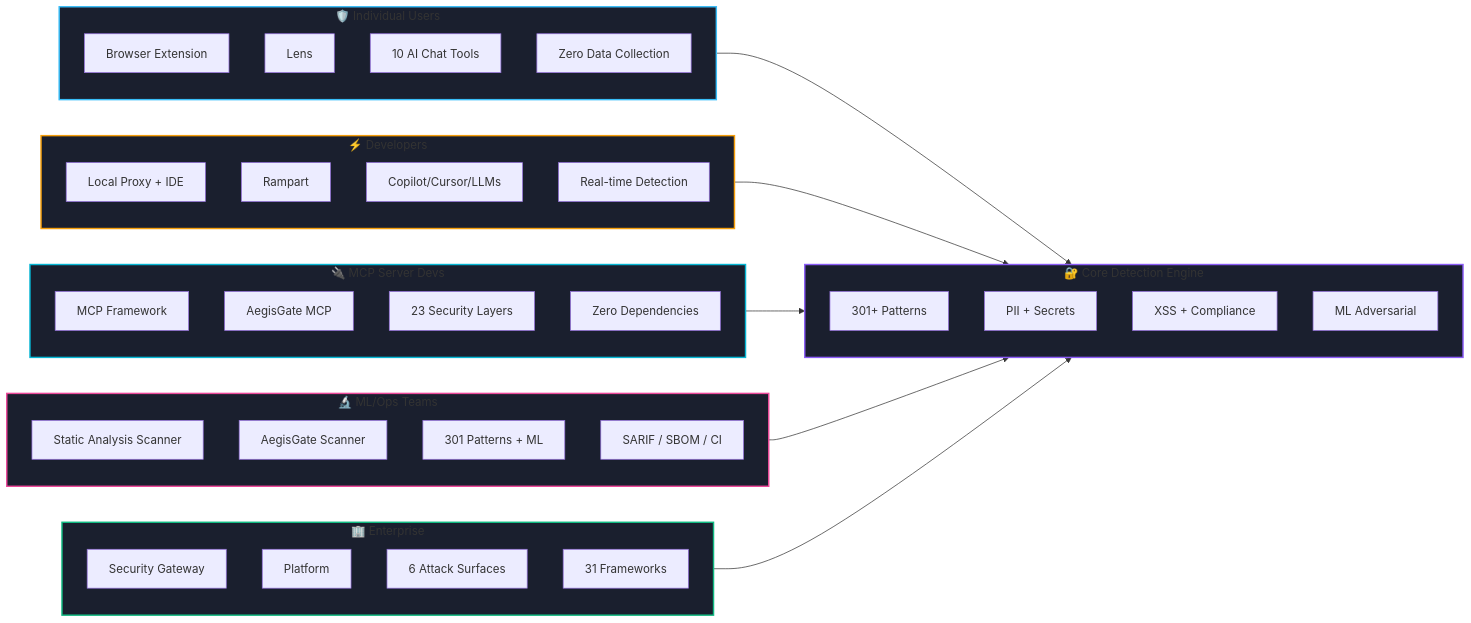
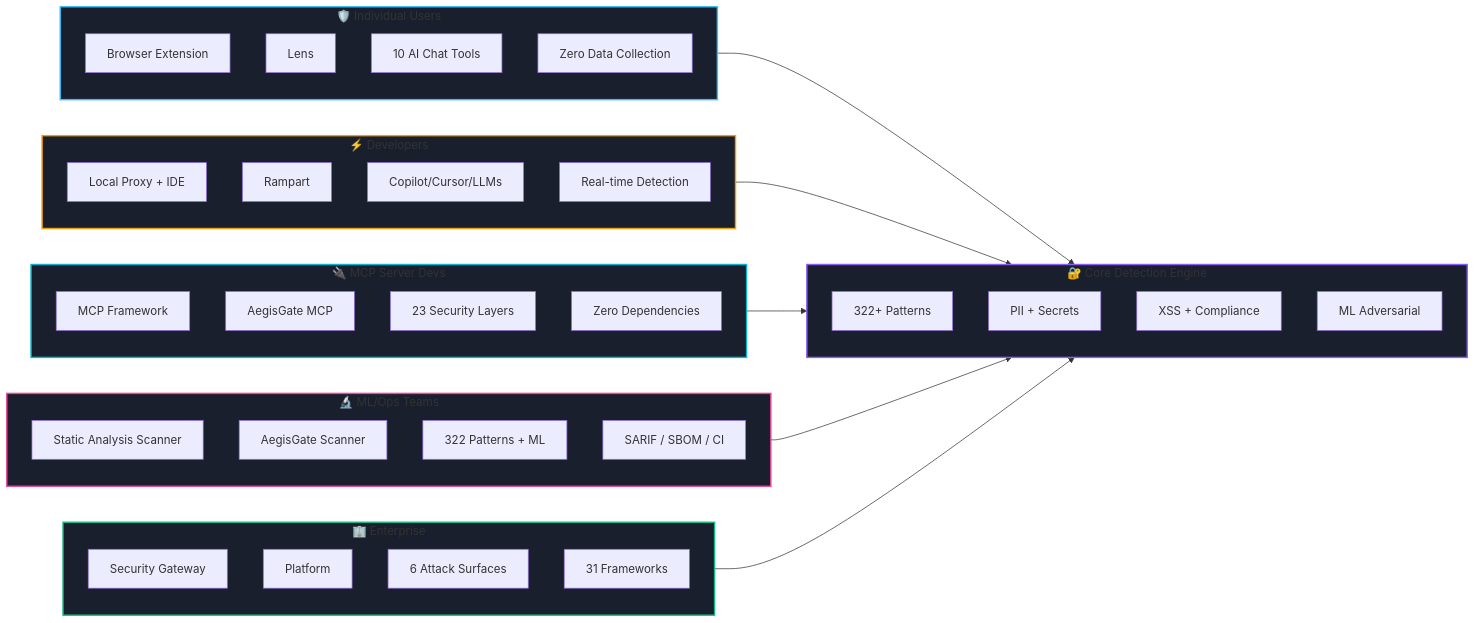
Before and after one commit to aegisgatesecurity/aegisgate-site: the diagram in content/_index.md, drawn with Mermaid. The commit also changed other lines of this file and 3 other files, not shown here.

```diff
--- a/content/_index.md
+++ b/content/_index.md
@@ -43,57 +43,57 @@
 {{< mermaid >}}
 flowchart LR
     subgraph Individual["🛡️ Individual Users"]
         A[Browser Extension]
         A1[Lens]
         A2[10 AI Chat Tools]
         A3[Zero Data Collection]
     end
 
     subgraph Developer["⚡ Developers"]
         B[Local Proxy + IDE]
         B1[Rampart]
         B2[Copilot/Cursor/LLMs]
         B3[Real-time Detection]
     end
 
     subgraph MCPServer["🔌 MCP Server Devs"]
         E[MCP Framework]
         E1[AegisGate MCP]
         E2[23 Security Layers]
         E3[Zero Dependencies]
     end
 
     subgraph MLOps["🔬 ML/Ops Teams"]
         F[Static Analysis Scanner]
         F1[AegisGate Scanner]
-        F2[301 Patterns + ML]
+        F2[322 Patterns + ML]
         F3[SARIF / SBOM / CI]
     end
 
     subgraph Enterprise["🏢 Enterprise"]
         C[Security Gateway]
         C1[Platform]
         C2[6 Attack Surfaces]
         C3[31 Frameworks]
     end
 
     subgraph Core["🔐 Core Detection Engine"]
-        D[301+ Patterns]
+        D[322+ Patterns]
         D1[PII + Secrets]
         D2[XSS + Compliance]
         D3[ML Adversarial]
     end
 
     Individual --> Core
     Developer --> Core
     MCPServer --> Core
     MLOps --> Core
     Enterprise --> Core
 
     style Individual fill:#1a1f2e,stroke:#38bdf8,stroke-width:2px
     style Developer fill:#1a1f2e,stroke:#f59e0b,stroke-width:2px
     style MCPServer fill:#1a1f2e,stroke:#06b6d4,stroke-width:2px
     style MLOps fill:#1a1f2e,stroke:#ec4899,stroke-width:2px
     style Enterprise fill:#1a1f2e,stroke:#10b981,stroke-width:2px
     style Core fill:#1a1f2e,stroke:#8b5cf6,stroke-width:2px
 {{< /mermaid >}}
```
